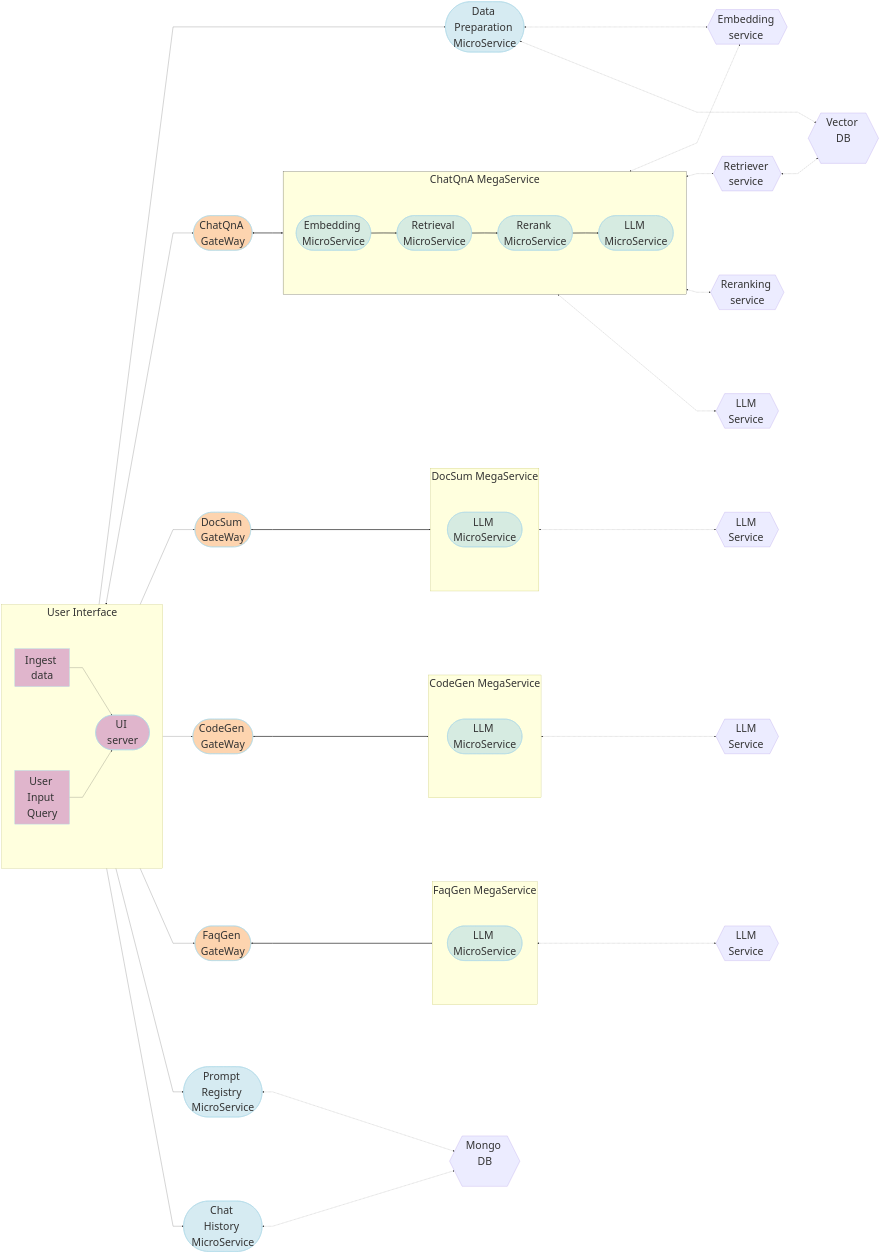
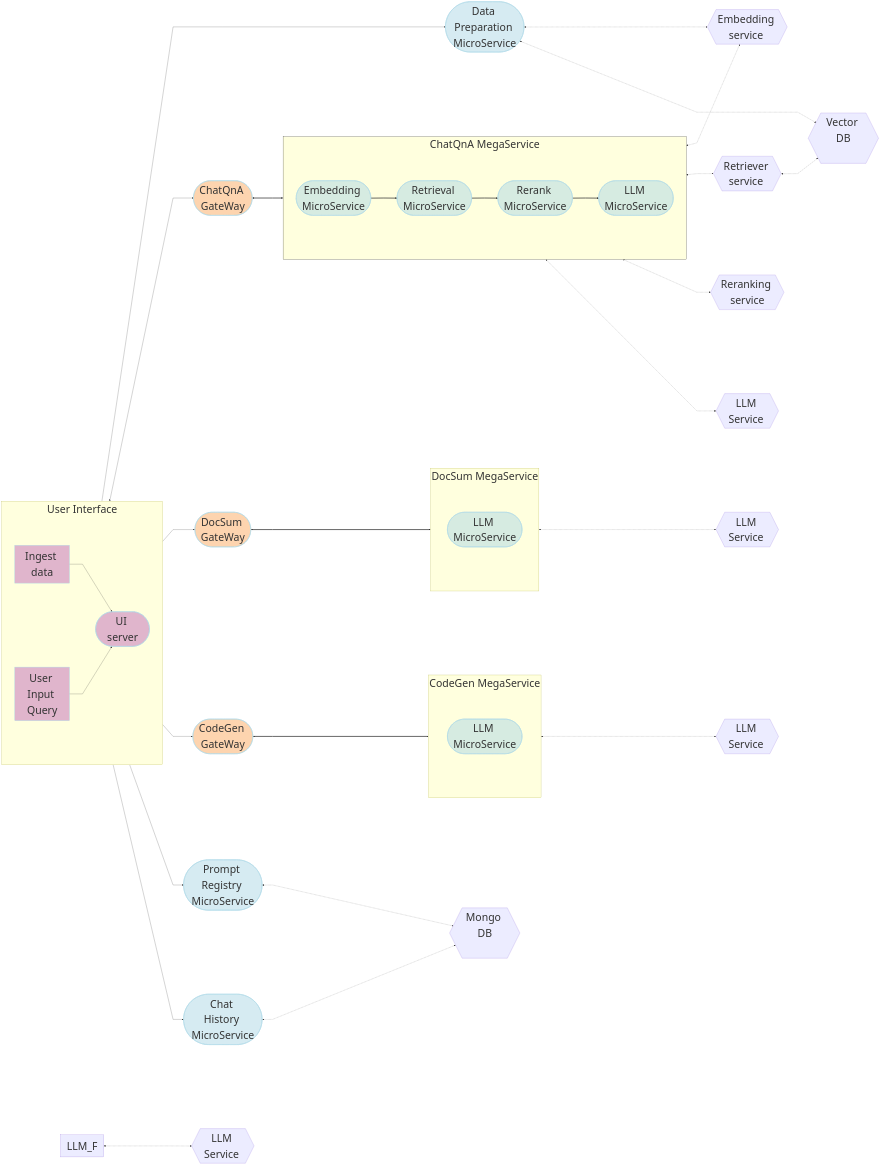
Before and after one commit to opea-project/GenAIExamples: the diagram in ProductivitySuite/README.md, drawn with Mermaid. The commit also changed other lines of this file and 1 other file, not shown here.

Commit message:
Removed FaqGen in env.production and README of ProductivitySuite UI

```diff
--- a/ProductivitySuite/README.md
+++ b/ProductivitySuite/README.md
@@ -38,10 +38,7 @@
         direction LR
         LLM_CG([LLM MicroService]):::blue
     end
-    subgraph FaqGen-MegaService["FaqGen MegaService "]
-        direction LR
-        LLM_F([LLM MicroService]):::blue
-    end
+    
     subgraph UserInterface[" User Interface "]
         direction LR
         a([User Input Query]):::orchid
@@ -63,7 +60,7 @@
     LLM_gen_CG{{LLM Service <br>}}
     GW_CG([CodeGen GateWay<br>]):::orange
     LLM_gen_F{{LLM Service <br>}}
-    GW_F([FaqGen GateWay<br>]):::orange
+   
     PR([Prompt Registry MicroService]):::blue
     CH([Chat History MicroService]):::blue
     MDB{{Mongo DB<br><br>}}
@@ -118,11 +115,6 @@
     direction LR
     LLM_CG <-.-> LLM_gen_CG
 
-    %% Questions interaction
-    direction LR
-    UI --> GW_F
-    GW_F <==> FaqGen-MegaService
-
 
     %% Embedding service flow
     direction LR
```
